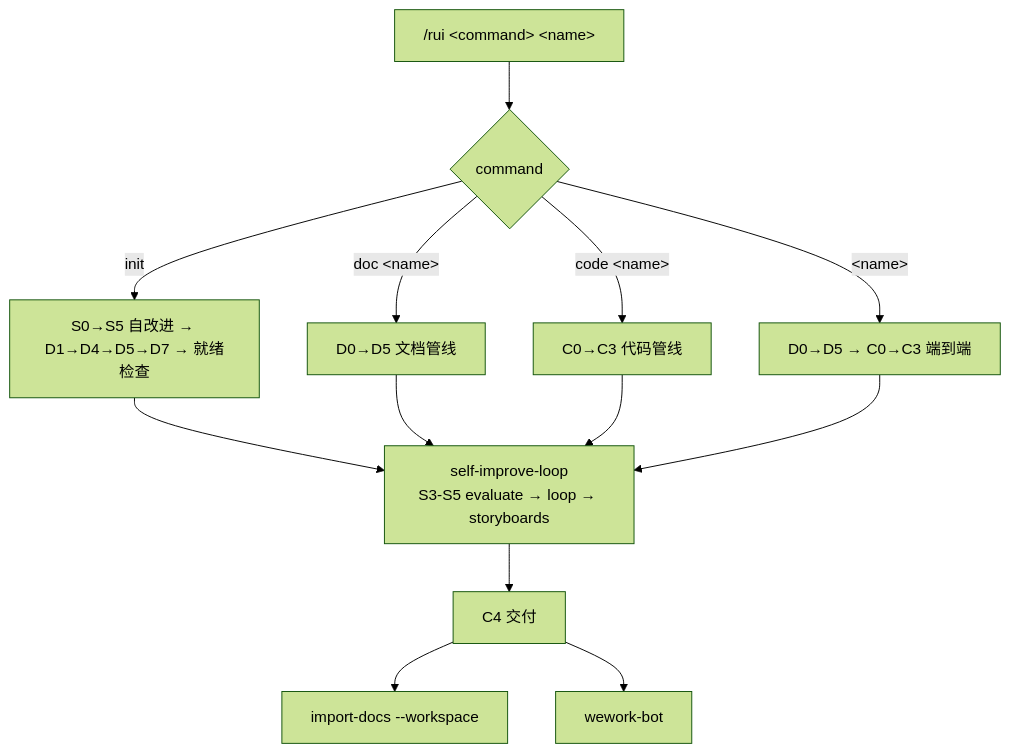
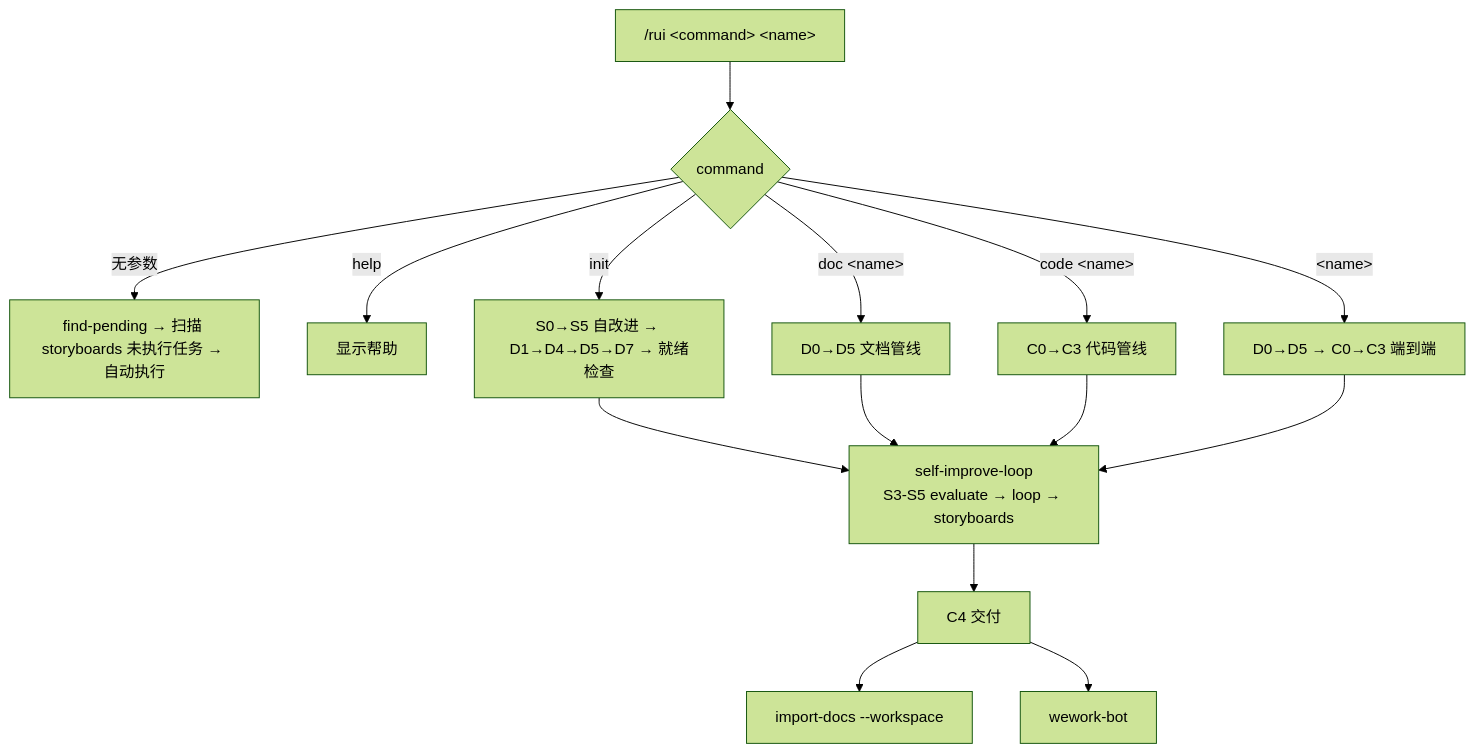
The first of 7 diagrams in skills/rui/SKILL.md (effiy/YrY), drawn with Mermaid (forest theme) before and after one commit. The commit also changed other lines of this file and 7 other files, not shown here.

````diff
--- a/skills/rui/SKILL.md
+++ b/skills/rui/SKILL.md
@@ -14,17 +14,19 @@
 ```mermaid
 flowchart TD
     USER["/rui &lt;command&gt; &lt;name&gt;"] --> ROUTE{command}
+    ROUTE -->|无参数| FIND["find-pending → 扫描 storyboards 未执行任务 → 自动执行"]
+    ROUTE -->|help| HELP["显示帮助"]
     ROUTE -->|init| INIT["S0→S5 自改进 → D1→D4→D5→D7 → 就绪检查"]
     ROUTE -->|doc &lt;name&gt;| DOC["D0→D5 文档管线"]
     ROUTE -->|code &lt;name&gt;| CODE["C0→C3 代码管线"]
     ROUTE -->|&lt;name&gt;| FULL["D0→D5 → C0→C3 端到端"]
 
     INIT --> LP["self-improve-loop<br/>S3-S5 evaluate → loop → storyboards"]
     DOC --> LP
     CODE --> LP
     FULL --> LP
 
     LP --> C4["C4 交付"]
     C4 --> ID["import-docs --workspace"]
     C4 --> WW["wework-bot"]
 ```
````
